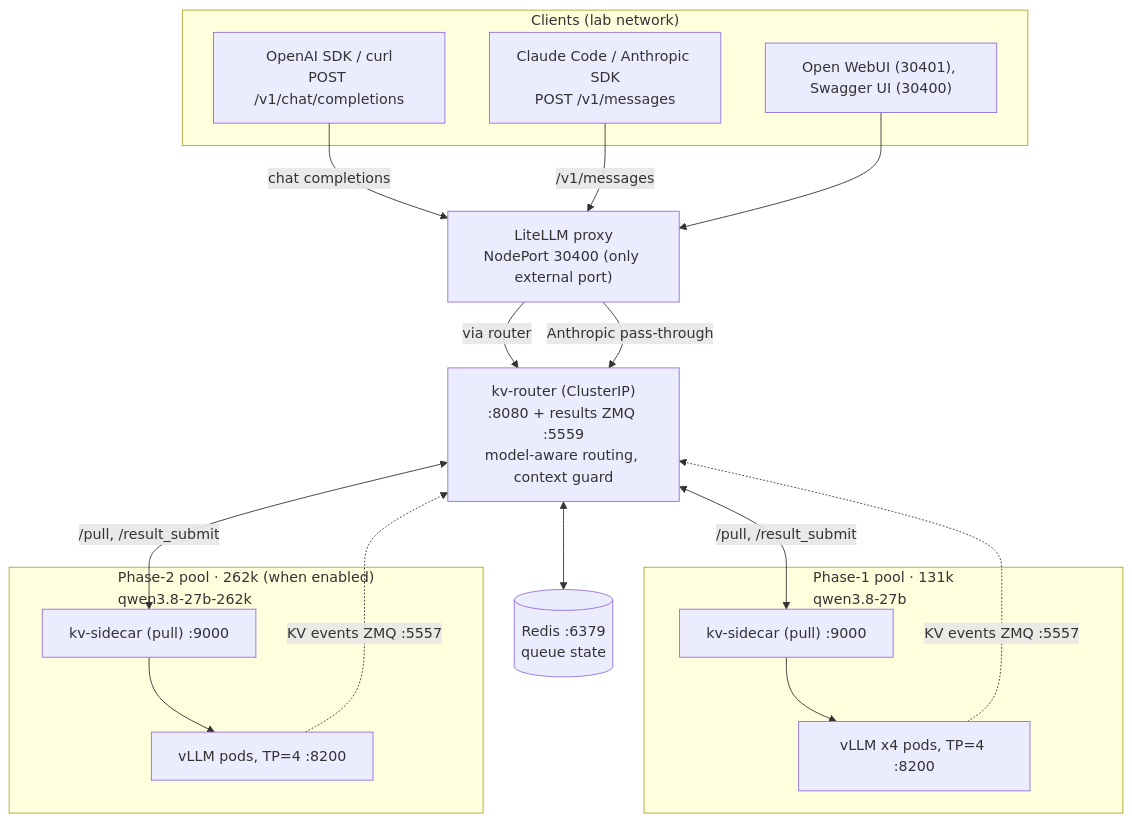
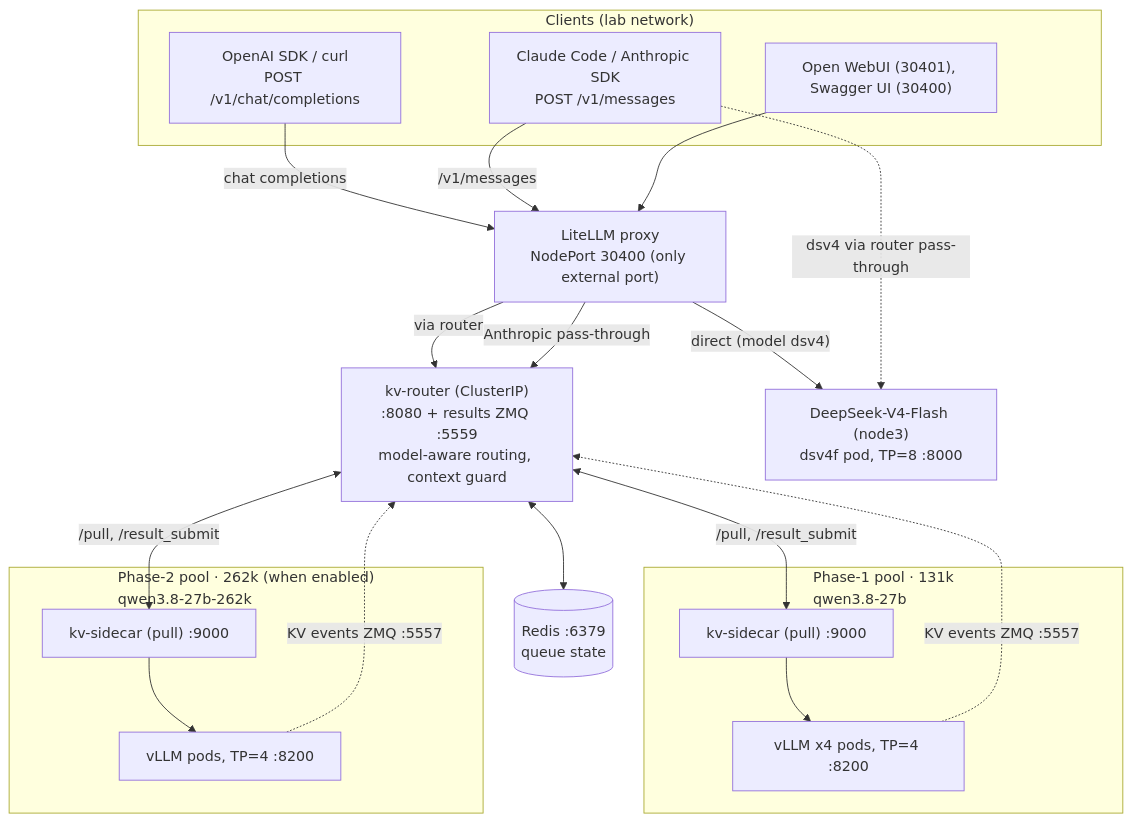
One commit to clyde-org/sir-llm-platform changed the diagram in README.md. Above: the diagram before and after it, drawn with Mermaid. The commit also changed other lines of this file and 15 other files, not shown here.

First line of the commit message:
deepseek-v4-flash: serve dsv4 (W8A8-MTP) on node3 + client quick-starts

````diff
--- a/README.md
+++ b/README.md
@@ -27,37 +35,41 @@
 ```mermaid
 flowchart TD
     subgraph CLIENTS["Clients (lab network)"]
         OA["OpenAI SDK / curl<br/>POST /v1/chat/completions"]
         AN["Claude Code / Anthropic SDK<br/>POST /v1/messages"]
         GUI["Open WebUI (30401), Swagger UI (30400)"]
     end
 
     LT["LiteLLM proxy<br/>NodePort 30400 (only external port)"]
 
     RT["kv-router (ClusterIP)<br/>:8080 + results ZMQ :5559<br/>model-aware routing, context guard"]
 
     R[("Redis :6379<br/>queue state")]
+
+    DSV4["DeepSeek-V4-Flash (node3)<br/>dsv4f pod, TP=8 :8000"]
 
     subgraph P1["Phase-1 pool · 131k<br/>qwen3.8-27b"]
         P1S["kv-sidecar (pull) :9000"]
         P1V["vLLM x4 pods, TP=4 :8200"]
         P1S --> P1V
     end
 
     subgraph P2["Phase-2 pool · 262k (when enabled)<br/>qwen3.8-27b-262k"]
         P2S["kv-sidecar (pull) :9000"]
         P2V["vLLM pods, TP=4 :8200"]
         P2S --> P2V
     end
 
     OA -->|"chat completions"| LT
     AN -->|"/v1/messages"| LT
     GUI --> LT
     LT -->|"via router"| RT
     LT -->|"Anthropic pass-through"| RT
+    LT -->|"direct (model dsv4)"| DSV4
+    AN -.->|"dsv4 via router pass-through"| DSV4
     RT <--> R
     RT <-->|"/pull, /result_submit"| P1S
     RT <-->|"/pull, /result_submit"| P2S
     P1V -.->|"KV events ZMQ :5557"| RT
     P2V -.->|"KV events ZMQ :5557"| RT
 ```
````
